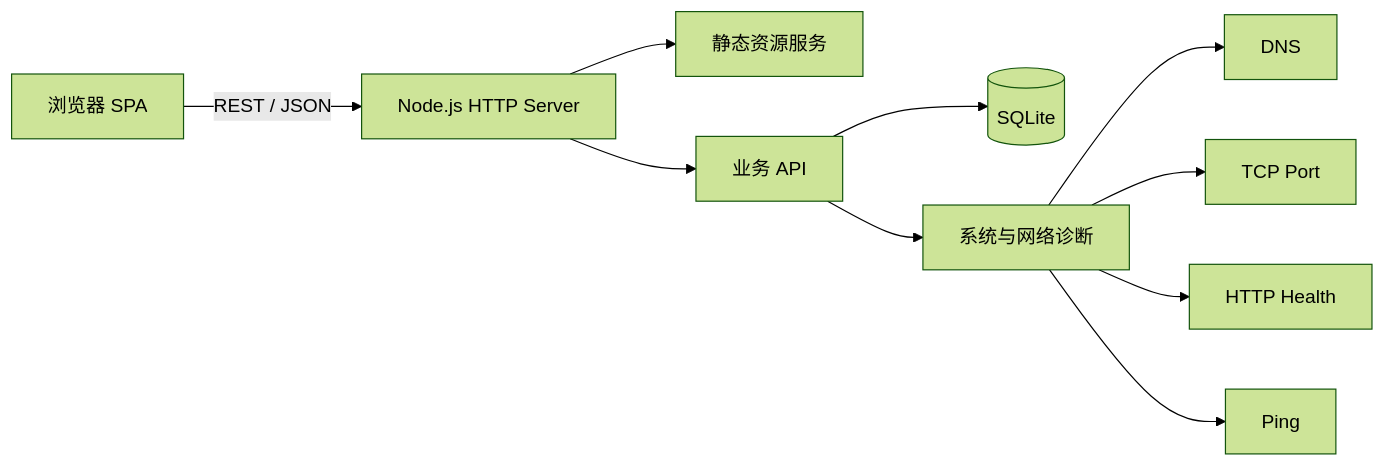
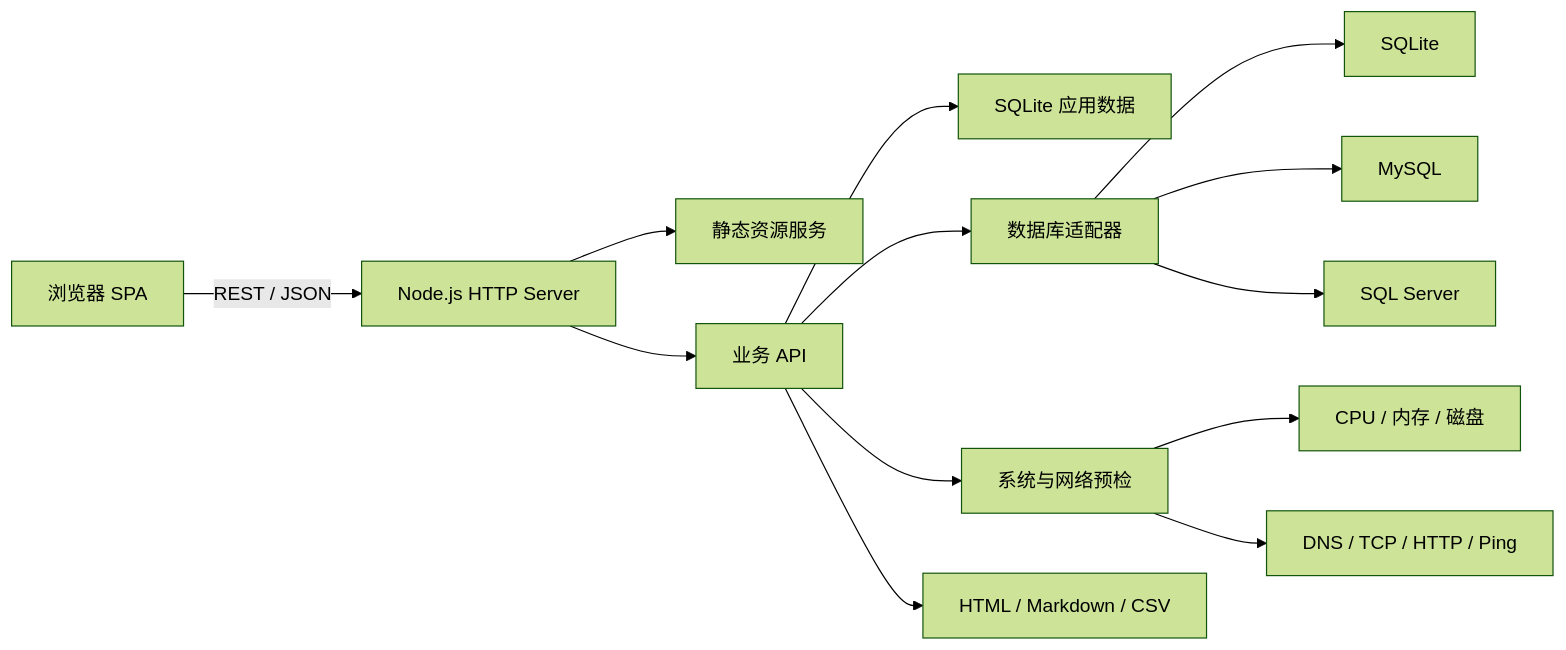
Before and after one commit to linxiaoyuan123/crosspilot-operations-console: the diagram in docs/architecture.md, drawn with Mermaid (forest theme). The commit also changed other lines of this file and 32 other files, not shown here.

````diff
--- a/docs/architecture.md
+++ b/docs/architecture.md
@@ -3,12 +5,15 @@
 ```mermaid
 flowchart LR
   Browser[浏览器 SPA] -->|REST / JSON| HTTP[Node.js HTTP Server]
   HTTP --> Static[静态资源服务]
   HTTP --> API[业务 API]
-  API --> SQLite[(SQLite)]
-  API --> Diagnostics[系统与网络诊断]
-  Diagnostics --> DNS[DNS]
-  Diagnostics --> TCP[TCP Port]
-  Diagnostics --> HTTPCheck[HTTP Health]
-  Diagnostics --> Ping[Ping]
+  API --> Store[SQLite 应用数据]
+  API --> Database[数据库适配器]
+  Database --> SQLite[SQLite]
+  Database --> MySQL[MySQL]
+  Database --> SQLServer[SQL Server]
+  API --> Diagnostics[系统与网络预检]
+  Diagnostics --> Host[CPU / 内存 / 磁盘]
+  Diagnostics --> Network[DNS / TCP / HTTP / Ping]
+  API --> Reports[HTML / Markdown / CSV]
 ```
````
